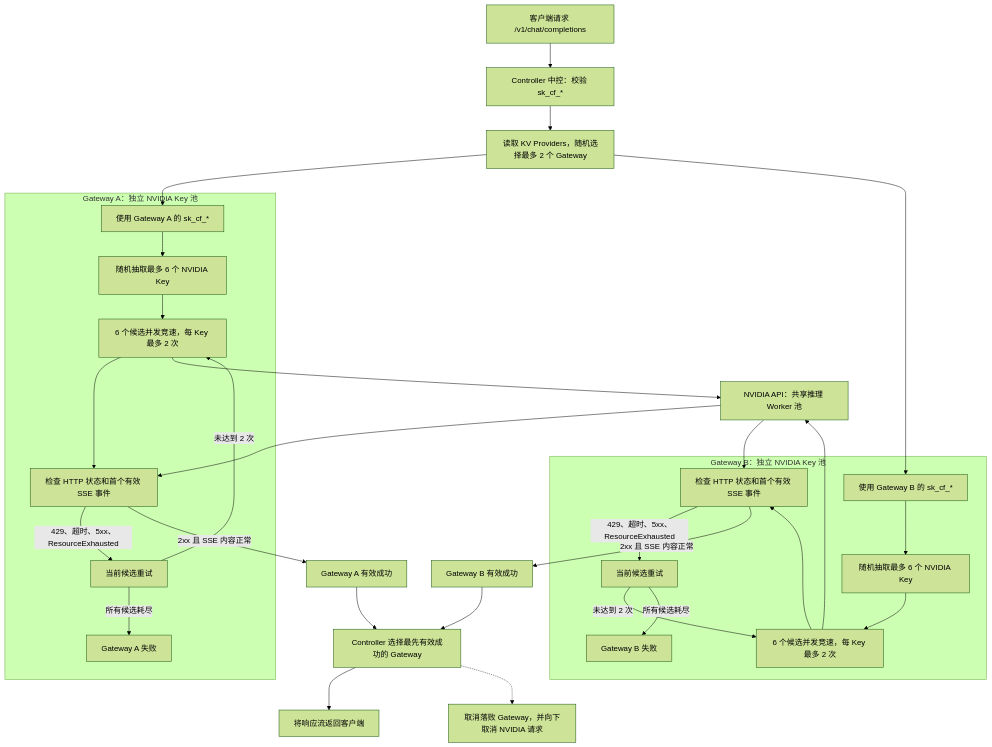
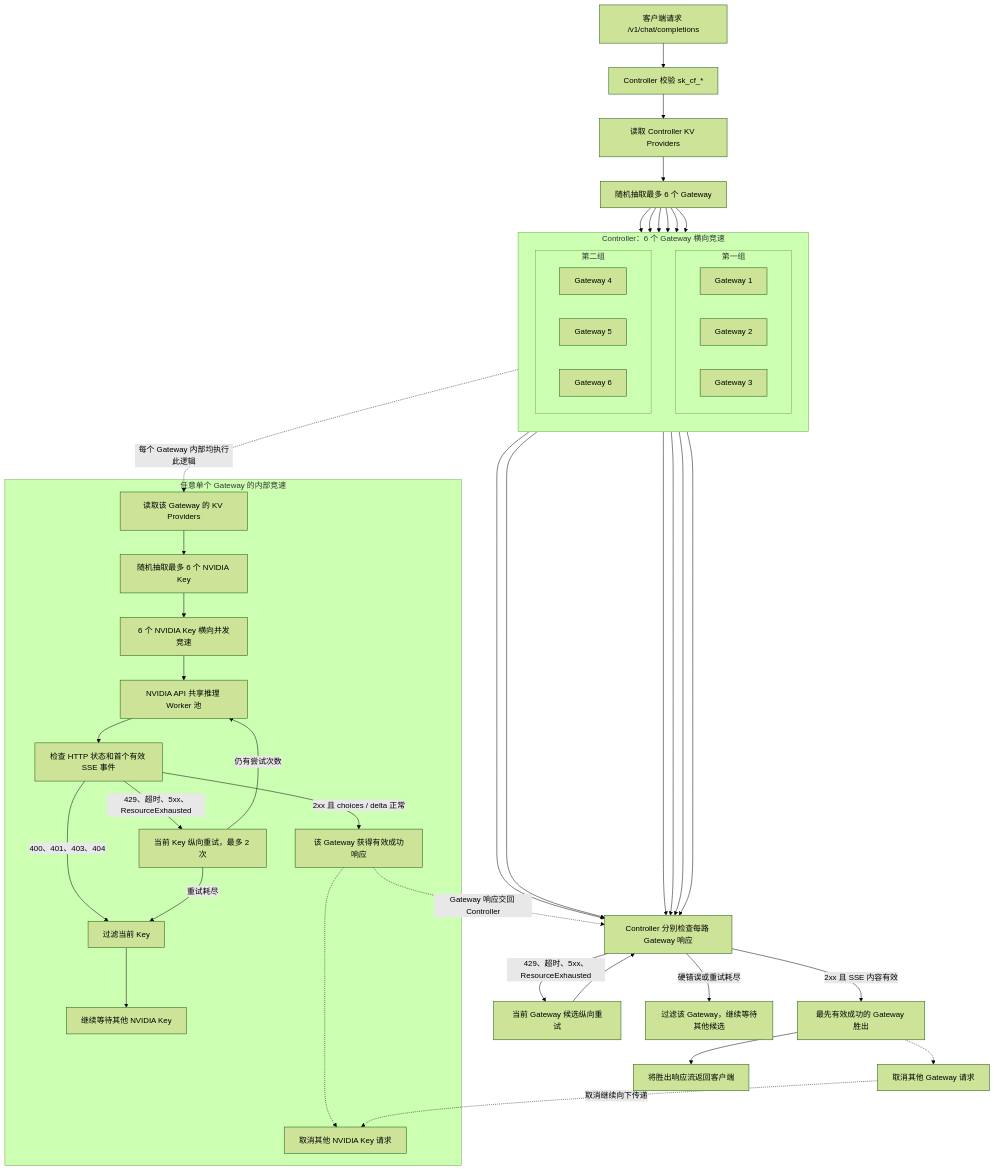
One commit to TyrEamon/ai-gateway-navdia changed the diagram in README.md. Above: the diagram before and after it, drawn with Mermaid (forest theme).

````diff
--- a/README.md
+++ b/README.md
@@ -61,51 +61,74 @@
 ```mermaid
 flowchart TD
     U["客户端请求 /v1/chat/completions"]
-    C["Controller 中控：校验 sk_cf_*"]
-    CK["读取 KV Providers，随机选择最多 2 个 Gateway"]
+    AUTH["Controller 校验 sk_cf_*"]
+    CK["读取 Controller KV Providers"]
+    SELECT["随机抽取最多 6 个 Gateway"]
 
-    U --> C --> CK
+    U --> AUTH --> CK --> SELECT
 
-    subgraph PA["Gateway A：独立 NVIDIA Key 池"]
-        GA["使用 Gateway A 的 sk_cf_*"]
-        KA["随机抽取最多 6 个 NVIDIA Key"]
-        RA["6 个候选并发竞速，每 Key 最多 2 次"]
-        VA["检查 HTTP 状态和首个有效 SSE 事件"]
-        FA["Gateway A 失败"]
+    subgraph CR["Controller：6 个 Gateway 横向竞速"]
+        direction TB
 
-        GA --> KA --> RA --> VA
-        VA -->|"429、超时、5xx、ResourceExhausted"| RTA["当前候选重试"]
-        RTA -->|"未达到 2 次"| RA
-        RTA -->|"所有候选耗尽"| FA
+        subgraph CR1["第一组"]
+            direction LR
+            G1["Gateway 1"]
+            G2["Gateway 2"]
+            G3["Gateway 3"]
+        end
+
+        subgraph CR2["第二组"]
+            direction LR
+            G4["Gateway 4"]
+            G5["Gateway 5"]
+            G6["Gateway 6"]
+        end
     end
 
-    subgraph PB["Gateway B：独立 NVIDIA Key 池"]
-        GB["使用 Gateway B 的 sk_cf_*"]
-        KB["随机抽取最多 6 个 NVIDIA Key"]
-        RB["6 个候选并发竞速，每 Key 最多 2 次"]
-        VB["检查 HTTP 状态和首个有效 SSE 事件"]
-        FB["Gateway B 失败"]
+    SELECT --> G1
+    SELECT --> G2
+    SELECT --> G3
+    SELECT --> G4
+    SELECT --> G5
+    SELECT --> G6
 
-        GB --> KB --> RB --> VB
-        VB -->|"429、超时、5xx、ResourceExhausted"| RTB["当前候选重试"]
-        RTB -->|"未达到 2 次"| RB
-        RTB -->|"所有候选耗尽"| FB
+    G1 --> FILTER
+    G2 --> FILTER
+    G3 --> FILTER
+    G4 --> FILTER
+    G5 --> FILTER
+    G6 --> FILTER
+
+    FILTER["Controller 分别检查每路 Gateway 响应"]
+
+    FILTER -->|"2xx 且 SSE 内容有效"| CWIN["最先有效成功的 Gateway 胜出"]
+    FILTER -->|"429、超时、5xx、ResourceExhausted"| CRETRY["当前 Gateway 候选纵向重试"]
+    FILTER -->|"硬错误或重试耗尽"| CDROP["过滤该 Gateway，继续等待其他候选"]
+
+    CRETRY --> FILTER
+    CWIN --> OUT["将胜出响应流返回客户端"]
+    CWIN -.-> CABORT["取消其他 Gateway 请求"]
+
+    subgraph GI["任意单个 Gateway 的内部竞速"]
+        GK["读取该 Gateway 的 KV Providers"]
+        KS["随机抽取最多 6 个 NVIDIA Key"]
+        KR["6 个 NVIDIA Key 横向并发竞速"]
+        NV["NVIDIA API 共享推理 Worker 池"]
+        VF["检查 HTTP 状态和首个有效 SSE 事件"]
+
+        GK --> KS --> KR --> NV --> VF
+
+        VF -->|"2xx 且 choices / delta 正常"| KWIN["该 Gateway 获得有效成功响应"]
+        VF -->|"429、超时、5xx、ResourceExhausted"| KRETRY["当前 Key 纵向重试，最多 2 次"]
+        VF -->|"400、401、403、404"| KDROP["过滤当前 Key"]
+
+        KRETRY -->|"仍有尝试次数"| NV
+        KRETRY -->|"重试耗尽"| KDROP
+        KDROP --> KWAIT["继续等待其他 NVIDIA Key"]
+        KWIN -.-> KABORT["取消其他 NVIDIA Key 请求"]
     end
 
-    CK --> GA
-    CK --> GB
-
-    RA --> NA["NVIDIA API：共享推理 Worker 池"]
-    RB --> NA
-    NA --> VA
-    NA --> VB
-
-    VA -->|"2xx 且 SSE 内容正常"| WA["Gateway A 有效成功"]
-    VB -->|"2xx 且 SSE 内容正常"| WB["Gateway B 有效成功"]
-
-    WA --> FIRST["Controller 选择最先有效成功的 Gateway"]
-    WB --> FIRST
-
-    FIRST --> STREAM["将响应流返回客户端"]
-    FIRST -.-> ABORT["取消落败 Gateway，并向下取消 NVIDIA 请求"]
+    G1 -.->|"每个 Gateway 内部均执行此逻辑"| GK
+    KWIN -.->|"Gateway 响应交回 Controller"| FILTER
+    CABORT -.->|"取消继续向下传递"| KABORT
 ```
````
